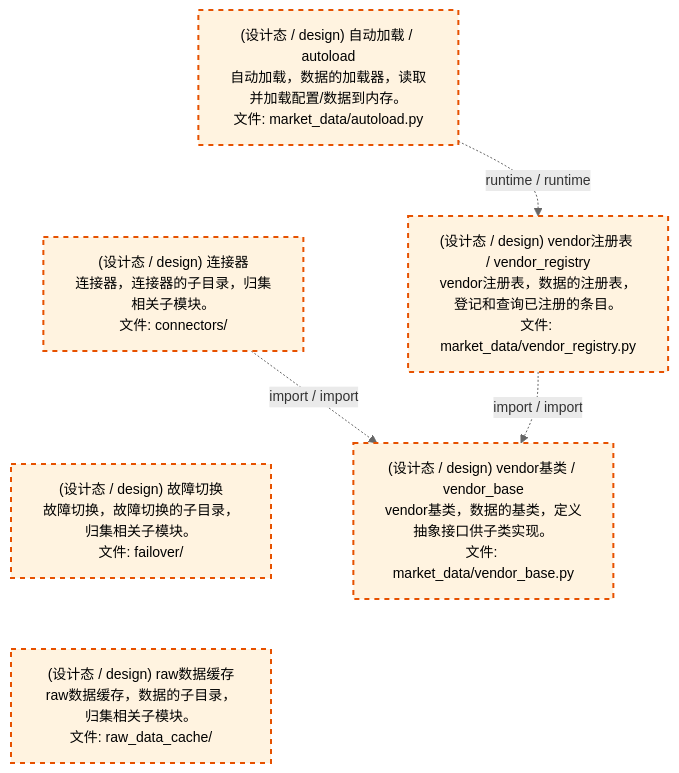
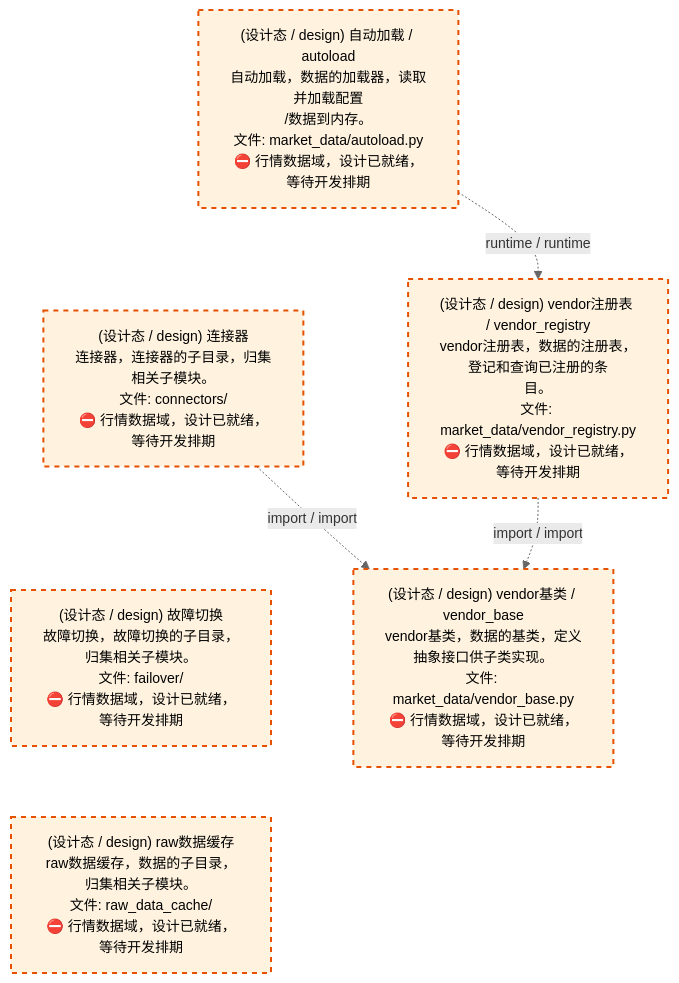
Before and after one commit to xuanFelixVan/ZephyrAlpha: the third of 4 diagrams in docs/02_enterprise_architecture/02_domain_architecture_docs/23_d_mkt_data.md, drawn with Mermaid. The commit also changed other lines of this file and 61 other files, not shown here.

````diff
--- a/docs/02_enterprise_architecture/02_domain_architecture_docs/23_d_mkt_data.md
+++ b/docs/02_enterprise_architecture/02_domain_architecture_docs/23_d_mkt_data.md
@@ -143,21 +143,21 @@
 ```mermaid
 %%{init: {'theme': 'base', 'themeVariables': {'primaryColor': '#eaeaea', 'primaryTextColor': '#333333', 'primaryBorderColor': '#666666', 'lineColor': '#666666', 'secondaryColor': '#eaeaea', 'tertiaryColor': '#eaeaea', 'fontSize': '14px'}}}%%
 flowchart TD
-    src_zephyr_market_data_autoload_py["(设计态 / design) 自动加载 / autoload<br/>自动加载，数据的加载器，读取并加载配置/数据到内存。<br/>文件: market_data/autoload.py"]
-    src_zephyr_market_data_connectors["(设计态 / design) 连接器<br/>连接器，连接器的子目录，归集相关子模块。<br/>文件: connectors/"]
-    src_zephyr_market_data_failover["(设计态 / design) 故障切换<br/>故障切换，故障切换的子目录，归集相关子模块。<br/>文件: failover/"]
-    src_zephyr_market_data_raw_data_cache["(设计态 / design) raw数据缓存<br/>raw数据缓存，数据的子目录，归集相关子模块。<br/>文件: raw_data_cache/"]
+    src_zephyr_market_data_autoload_py["(设计态 / design) 自动加载 / autoload<br/>自动加载，数据的加载器，读取并加载配置<br/>/数据到内存。<br/>文件: market_data/autoload.py<br/>⛔ 行情数据域，设计已就绪，等待开发排期"]
+    src_zephyr_market_data_connectors["(设计态 / design) 连接器<br/>连接器，连接器的子目录，归集相关子模块。<br/>文件: connectors/<br/>⛔ 行情数据域，设计已就绪，等待开发排期"]
+    src_zephyr_market_data_failover["(设计态 / design) 故障切换<br/>故障切换，故障切换的子目录，归集相关子模块。<br/>文件: failover/<br/>⛔ 行情数据域，设计已就绪，等待开发排期"]
+    src_zephyr_market_data_raw_data_cache["(设计态 / design) raw数据缓存<br/>raw数据缓存，数据的子目录，归集相关子模块。<br/>文件: raw_data_cache/<br/>⛔ 行情数据域，设计已就绪，等待开发排期"]
     src_zephyr_market_data_autoload_py ~~~ src_zephyr_market_data_connectors
     src_zephyr_market_data_connectors ~~~ src_zephyr_market_data_failover
     src_zephyr_market_data_failover ~~~ src_zephyr_market_data_raw_data_cache
-    src_zephyr_market_data_vendor_registry_py["(设计态 / design) vendor注册表 / vendor_registry<br/>vendor注册表，数据的注册表，登记和查询已注册的条目。<br/>文件: market_data/vendor_registry.py"]
-    src_zephyr_market_data_vendor_base_py["(设计态 / design) vendor基类 / vendor_base<br/>vendor基类，数据的基类，定义抽象接口供子类实现。<br/>文件: market_data/vendor_base.py"]
+    src_zephyr_market_data_vendor_registry_py["(设计态 / design) vendor注册表 / vendor_registry<br/>vendor注册表，数据的注册表，登记和查询已注册的条<br/>目。<br/>文件: market_data/vendor_registry.py<br/>⛔ 行情数据域，设计已就绪，等待开发排期"]
+    src_zephyr_market_data_vendor_base_py["(设计态 / design) vendor基类 / vendor_base<br/>vendor基类，数据的基类，定义抽象接口供子类实现。<br/>文件: market_data/vendor_base.py<br/>⛔ 行情数据域，设计已就绪，等待开发排期"]
     src_zephyr_market_data_vendor_registry_py -.->|import / import| src_zephyr_market_data_vendor_base_py
     src_zephyr_market_data_connectors -.->|import / import| src_zephyr_market_data_vendor_base_py
     src_zephyr_market_data_autoload_py -.->|runtime / runtime| src_zephyr_market_data_vendor_registry_py
     classDef production fill:#e1f5fe,stroke:#01579b,stroke-width:2px,color:#000
     classDef design fill:#fff3e0,stroke:#e65100,stroke-width:2px,color:#000,stroke-dasharray: 5 5
     classDef external_prod fill:#e8f4fd,stroke:#0277bd,stroke-width:1px,color:#000
     classDef external_design fill:#fff8e7,stroke:#ef6c00,stroke-width:1px,color:#000,stroke-dasharray: 5 5
     class src_zephyr_market_data_autoload_py,src_zephyr_market_data_connectors,src_zephyr_market_data_failover,src_zephyr_market_data_raw_data_cache,src_zephyr_market_data_vendor_base_py,src_zephyr_market_data_vendor_registry_py design
 ```
````
